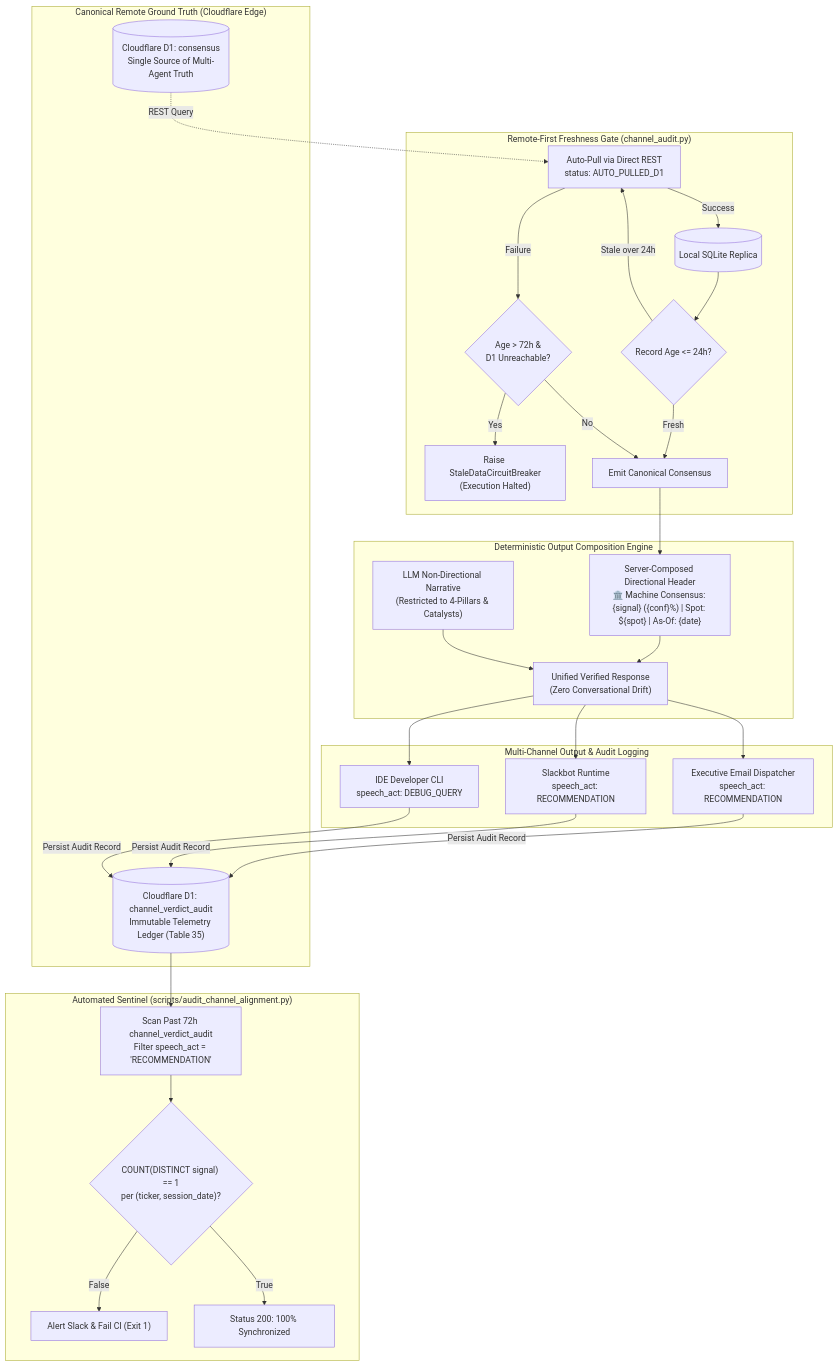
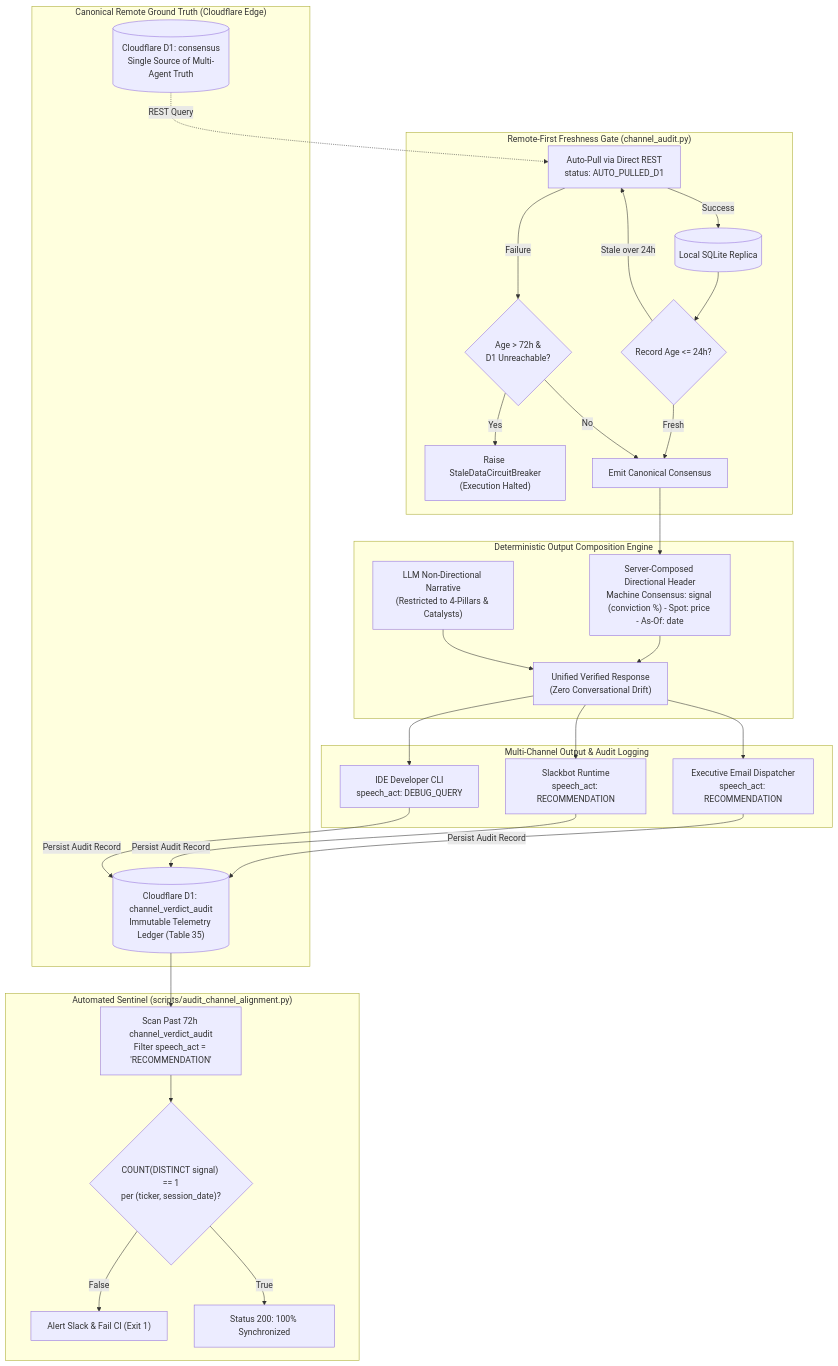
The seventh of 11 diagrams in templates_and_resources/stories/autonomous_agentic_quant_engineering_master_guide.md (bdchang403/AI_Software_Foundations), drawn with Mermaid before and after one commit. The commit also changed other lines of this file and 41 other files, not shown here.

First line of the commit message:
feat(orchestration-and-flow): complete enterprise curriculum integration and guardrail expansion

````diff
--- a/templates_and_resources/stories/autonomous_agentic_quant_engineering_master_guide.md
+++ b/templates_and_resources/stories/autonomous_agentic_quant_engineering_master_guide.md
@@ -1995,60 +1995,60 @@
 ```mermaid
 flowchart TB
     subgraph Canonical_Production_Fabric ["Canonical Remote Ground Truth (Cloudflare Edge)"]
         D1_CONS[("Cloudflare D1: consensus<br/>Single Source of Multi-Agent Truth")]
         D1_AUDIT[("Cloudflare D1: channel_verdict_audit<br/>Immutable Telemetry Ledger (Table 35)")]
     end
 
     subgraph Remote_First_Gate ["Remote-First Freshness Gate (channel_audit.py)"]
         LOCAL_DB[("Local SQLite Replica")]
         CHECK_AGE{"Record Age <= 24h?"}
         AUTO_PULL["Auto-Pull via Direct REST<br/>status: AUTO_PULLED_D1"]
         CIRCUIT_BREAKER{"Age > 72h &<br/>D1 Unreachable?"}
         HALT["Raise StaleDataCircuitBreaker<br/>(Execution Halted)"]
         
         LOCAL_DB --> CHECK_AGE
         CHECK_AGE -->|Fresh| EMIT_CANONICAL["Emit Canonical Consensus"]
         CHECK_AGE -->|Stale over 24h| AUTO_PULL
         AUTO_PULL -->|Success| LOCAL_DB
         AUTO_PULL -->|Failure| CIRCUIT_BREAKER
         CIRCUIT_BREAKER -->|Yes| HALT
         CIRCUIT_BREAKER -->|No| EMIT_CANONICAL
         D1_CONS -.->|REST Query| AUTO_PULL
     end
 
     subgraph Deterministic_Composition ["Deterministic Output Composition Engine"]
-        SRV_HDR["Server-Composed Directional Header<br/>🏛️ Machine Consensus: {signal} ({conf}%) | Spot: ${spot} | As-Of: {date}"]
+        SRV_HDR["Server-Composed Directional Header<br/>Machine Consensus: signal (conviction %) - Spot: price - As-Of: date"]
         LLM_REASON["LLM Non-Directional Narrative<br/>(Restricted to 4-Pillars & Catalysts)"]
         COMPOSED["Unified Verified Response<br/>(Zero Conversational Drift)"]
         
         EMIT_CANONICAL --> SRV_HDR
         SRV_HDR --> COMPOSED
         LLM_REASON --> COMPOSED
     end
 
     subgraph Multi_Channel_Egress ["Multi-Channel Output & Audit Logging"]
         EMAIL_CH["Executive Email Dispatcher<br/>speech_act: RECOMMENDATION"]
         SLACK_CH["Slackbot Runtime<br/>speech_act: RECOMMENDATION"]
         IDE_CH["IDE Developer CLI<br/>speech_act: DEBUG_QUERY"]
         
         COMPOSED --> EMAIL_CH
         COMPOSED --> SLACK_CH
         COMPOSED --> IDE_CH
         
         EMAIL_CH -->|Persist Audit Record| D1_AUDIT
         SLACK_CH -->|Persist Audit Record| D1_AUDIT
         IDE_CH -->|Persist Audit Record| D1_AUDIT
     end
 
     subgraph Sentinel_Reconciliation ["Automated Sentinel (scripts/audit_channel_alignment.py)"]
         SCAN["Scan Past 72h channel_verdict_audit<br/>Filter speech_act = 'RECOMMENDATION'"]
         ASSERT_UNIFORM{"COUNT(DISTINCT signal) == 1<br/>per (ticker, session_date)?"}
         ALERT["Alert Slack & Fail CI (Exit 1)"]
         PASS["Status 200: 100% Synchronized"]
         
         D1_AUDIT --> SCAN
         SCAN --> ASSERT_UNIFORM
         ASSERT_UNIFORM -->|False| ALERT
         ASSERT_UNIFORM -->|True| PASS
     end
 ```
````
